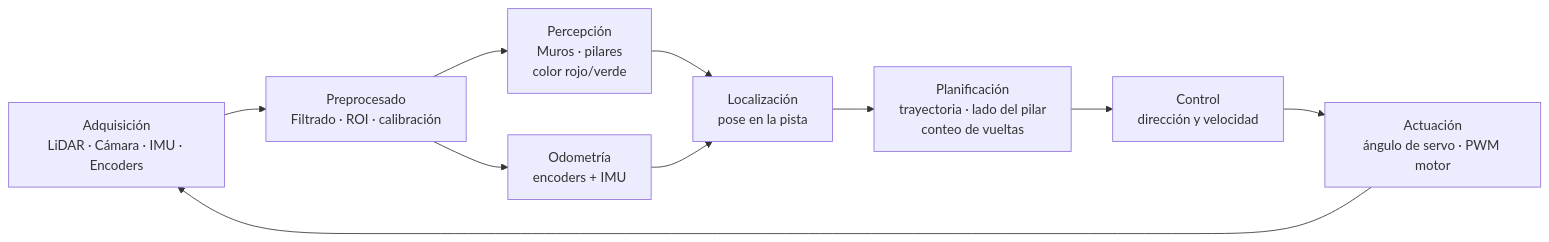
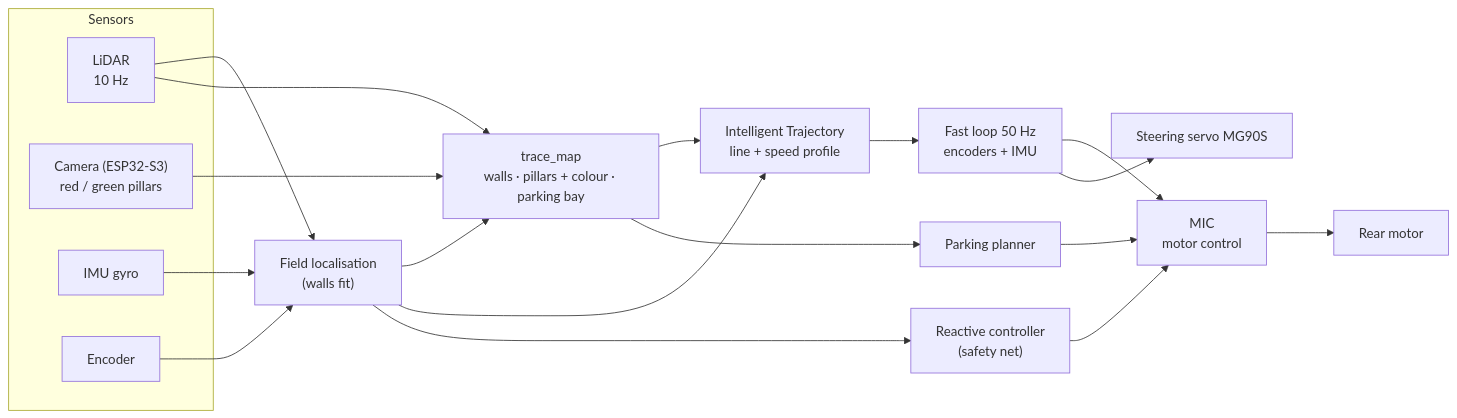
The diagram in README.md (Eddym06/AutoNex), drawn with Mermaid before and after one commit. The commit also changed other lines of this file and 28 other files, not shown here.

````diff
--- a/README.md
+++ b/README.md
@@ -158,12 +53,25 @@
 ```mermaid
 flowchart LR
-    A["Adquisición<br/>LiDAR · Cámara · IMU · Encoders"] --> B["Preprocesado<br/>Filtrado · ROI · calibración"]
-    B --> C["Percepción<br/>Muros · pilares<br/>color rojo/verde"]
-    B --> D["Odometría<br/>encoders + IMU"]
-    C --> E["Localización<br/>pose en la pista"]
-    D --> E
-    E --> F["Planificación<br/>trayectoria · lado del pilar<br/>conteo de vueltas"]
-    F --> G["Control<br/>dirección y velocidad"]
-    G --> H["Actuación<br/>ángulo de servo · PWM motor"]
-    H --> A
+    subgraph S["Sensors"]
+        L["LiDAR<br/>10 Hz"] 
+        C["Camera (ESP32-S3)<br/>red / green pillars"]
+        I["IMU gyro"]
+        E["Encoder"]
+    end
+    L --> LOC["Field localisation<br/>(walls fit)"]
+    I --> LOC
+    E --> LOC
+    L --> MAP["trace_map<br/>walls · pillars + colour · parking bay"]
+    C --> MAP
+    LOC --> MAP
+    MAP --> IT["Intelligent Trajectory<br/>line + speed profile"]
+    LOC --> IT
+    IT --> FAST["Fast loop 50 Hz<br/>encoders + IMU"]
+    MAP --> PARK["Parking planner"]
+    LOC --> REACT["Reactive controller<br/>(safety net)"]
+    FAST --> MIC["MIC<br/>motor control"]
+    REACT --> MIC
+    PARK --> MIC
+    MIC --> M["Rear motor"]
+    FAST --> SV["Steering servo MG90S"]
 ```
````
